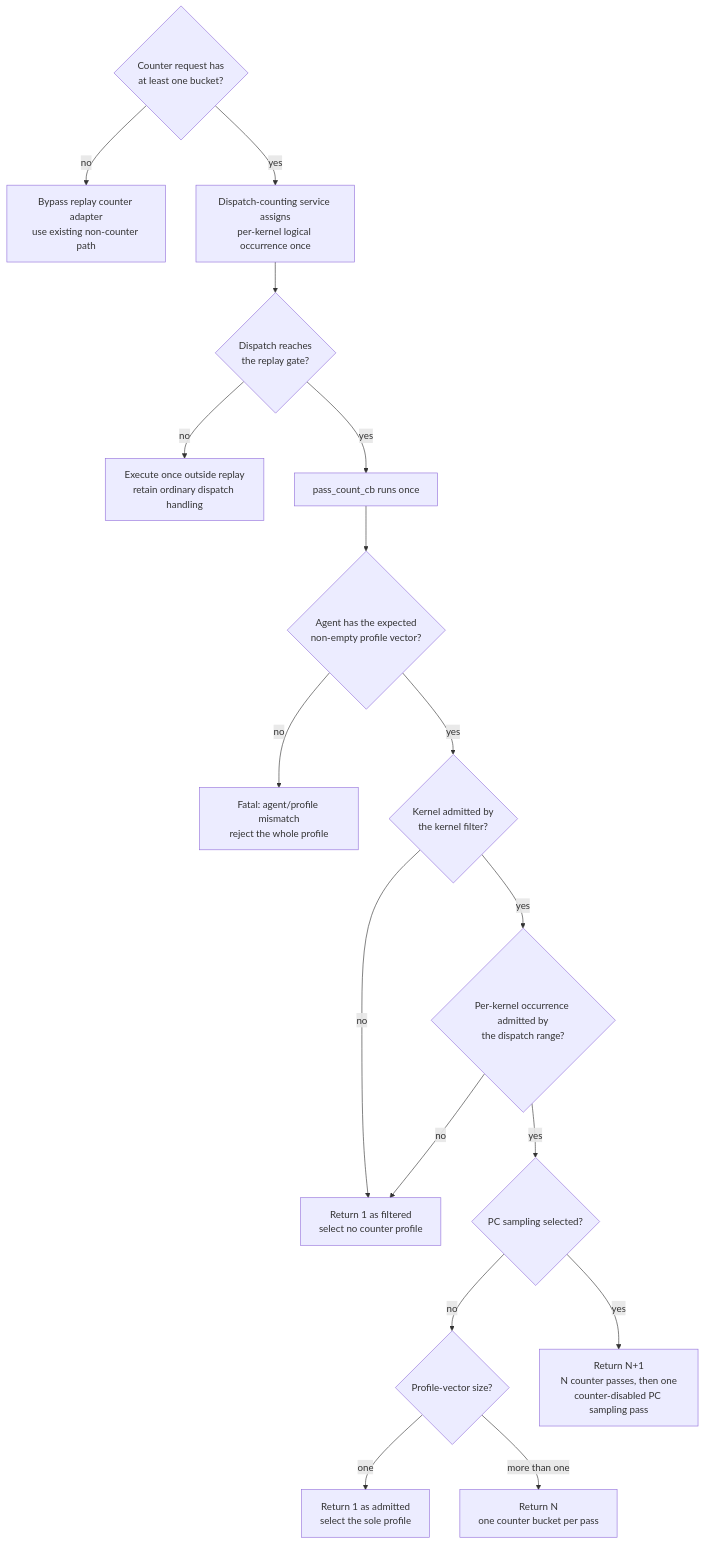
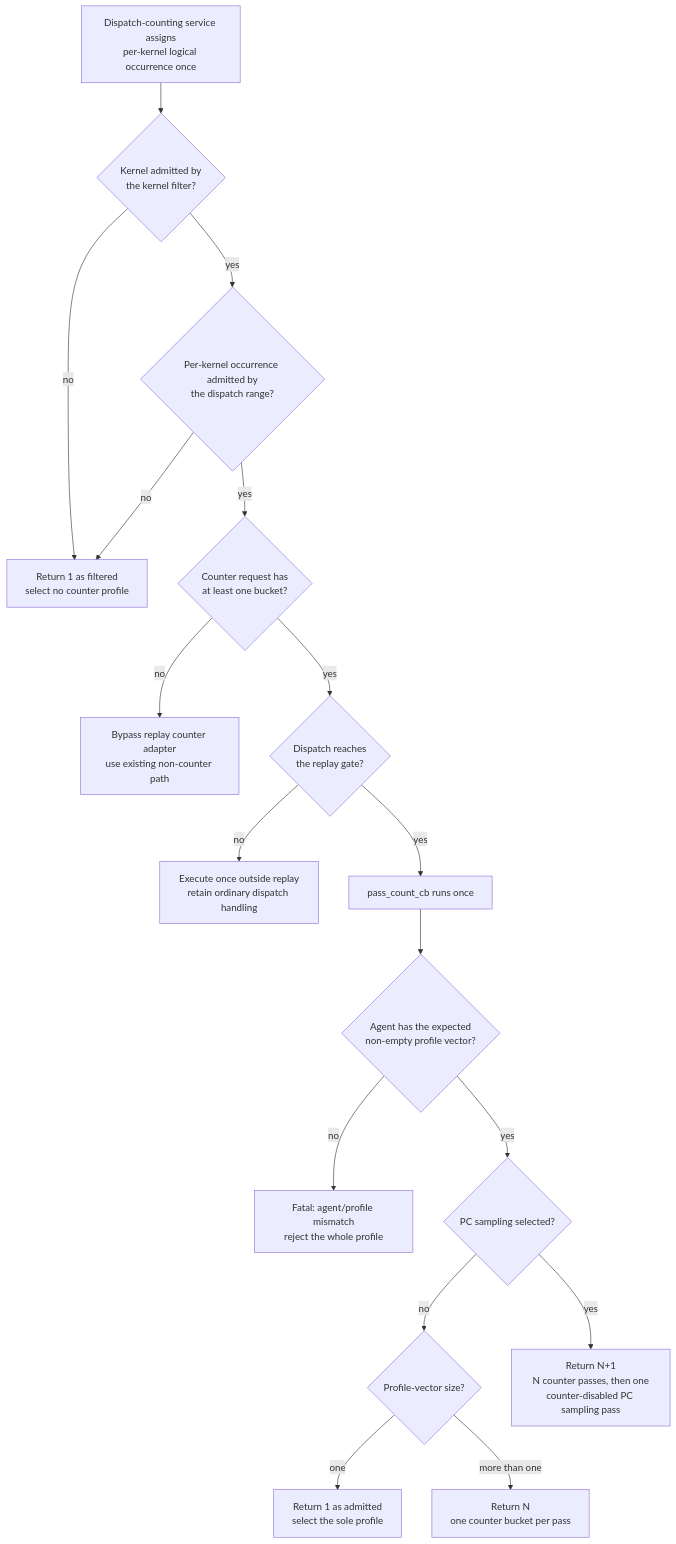
Before and after one commit to ROCm/rocm-systems: the fifth of 5 diagrams in projects/rocprofiler-compute/docs/design/hld-kernel-replay.md, drawn with Mermaid. The commit also changed other lines of this file, not shown here.

Commit message:
Clarify kernel replay admission flow

````diff
--- a/projects/rocprofiler-compute/docs/design/hld-kernel-replay.md
+++ b/projects/rocprofiler-compute/docs/design/hld-kernel-replay.md
@@ -299,34 +295,35 @@
 ```mermaid
 flowchart TD
+    Observe["Dispatch-counting service assigns<br/>per-kernel logical occurrence once"]
+    Kernel{"Kernel admitted by<br/>the kernel filter?"}
+    Range{"Per-kernel occurrence admitted by<br/>the dispatch range?"}
+    Filtered["Return 1 as filtered<br/>select no counter profile"]
     Request{"Counter request has<br/>at least one bucket?"}
     Zero["Bypass replay counter adapter<br/>use existing non-counter path"]
-    Observe["Dispatch-counting service assigns<br/>per-kernel logical occurrence once"]
     Gate{"Dispatch reaches<br/>the replay gate?"}
     Ordinary["Execute once outside replay<br/>retain ordinary dispatch handling"]
     Start["pass_count_cb runs once"]
     Vector{"Agent has the expected<br/>non-empty profile vector?"}
     Fatal["Fatal: agent/profile mismatch<br/>reject the whole profile"]
-    Kernel{"Kernel admitted by<br/>the kernel filter?"}
-    Range{"Per-kernel occurrence admitted by<br/>the dispatch range?"}
-    Filtered["Return 1 as filtered<br/>select no counter profile"]
     Size{"Profile-vector size?"}
     Single["Return 1 as admitted<br/>select the sole profile"]
     PC{"PC sampling selected?"}
     N["Return N<br/>one counter bucket per pass"]
     NPlus["Return N+1<br/>N counter passes, then one<br/>counter-disabled PC sampling pass"]
 
+    Observe --> Kernel
+    Kernel -- no --> Filtered
+    Kernel -- yes --> Range
+    Range -- no --> Filtered
+    Range -- yes --> Request
     Request -- no --> Zero
-    Request -- yes --> Observe --> Gate
+    Request -- yes --> Gate
     Gate -- no --> Ordinary
     Gate -- yes --> Start --> Vector
     Vector -- no --> Fatal
-    Vector -- yes --> Kernel
-    Kernel -- no --> Filtered
-    Kernel -- yes --> Range
-    Range -- no --> Filtered
-    Range -- yes --> PC
+    Vector -- yes --> PC
     PC -- yes --> NPlus
     PC -- no --> Size
     Size -- one --> Single
     Size -- more than one --> N
 ```
````
